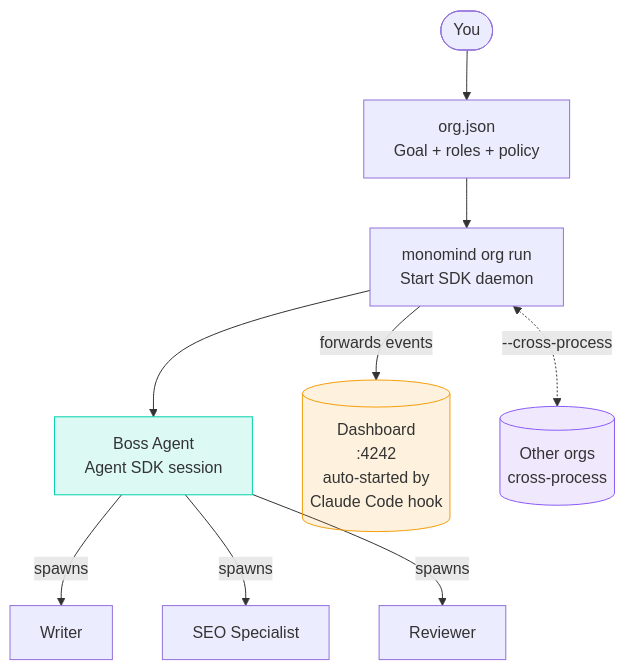
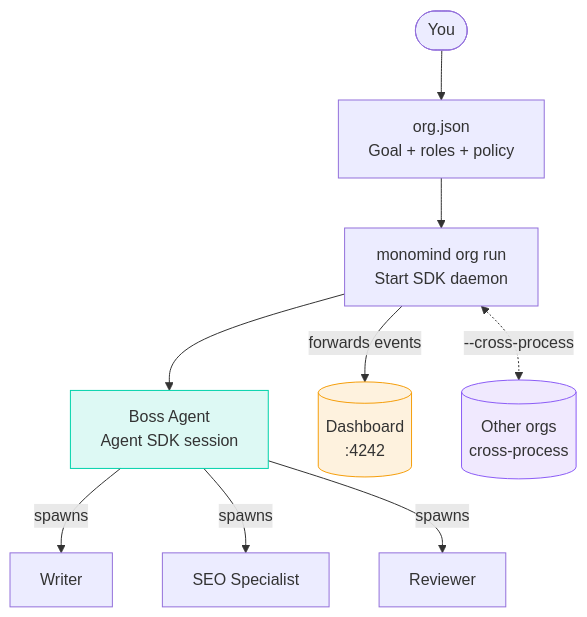
Before and after one commit to monoes/monomind: the first of 4 diagrams in README.md, drawn with Mermaid. The commit also changed other lines of this file, not shown here.

````diff
--- a/README.md
+++ b/README.md
@@ -123,23 +126,23 @@
 ```mermaid
 flowchart TD
     U(["You"])
     DEF["org.json\nGoal + roles + policy"]
     RUN["monomind org run\nStart SDK daemon"]
     BOSS["Boss Agent\nAgent SDK session"]
     W["Writer"]
     S["SEO Specialist"]
     R["Reviewer"]
-    DASH[("Dashboard\n:4242\nauto-started by\nClaude Code hook")]
+    DASH[("Dashboard\n:4242")]
     XORG[("Other orgs\ncross-process")]
 
     U --> DEF --> RUN --> BOSS
     BOSS -->|spawns| W
     BOSS -->|spawns| S
     BOSS -->|spawns| R
     RUN -->|forwards events| DASH
     RUN <-.->|--cross-process| XORG
 
     style BOSS fill:#00D2AA22,stroke:#00D2AA
     style DASH fill:#F59E0B22,stroke:#F59E0B
     style XORG fill:#8B5CF622,stroke:#8B5CF6
 ```
````
